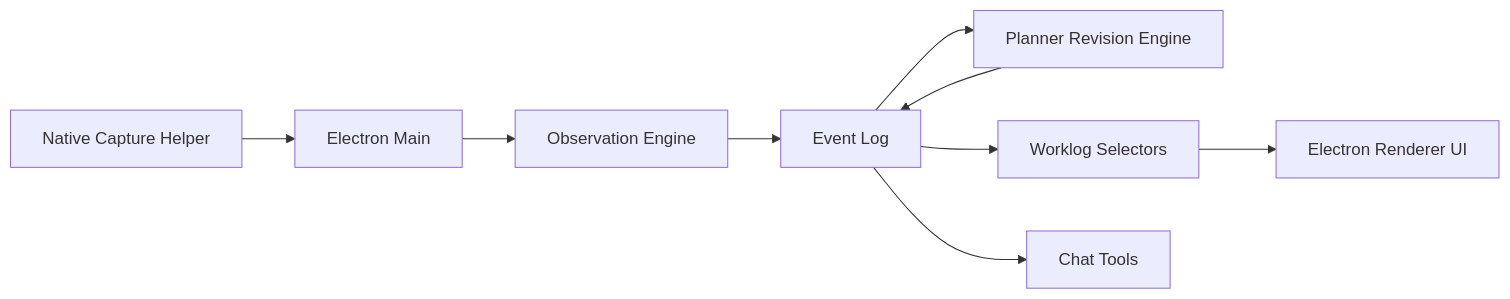
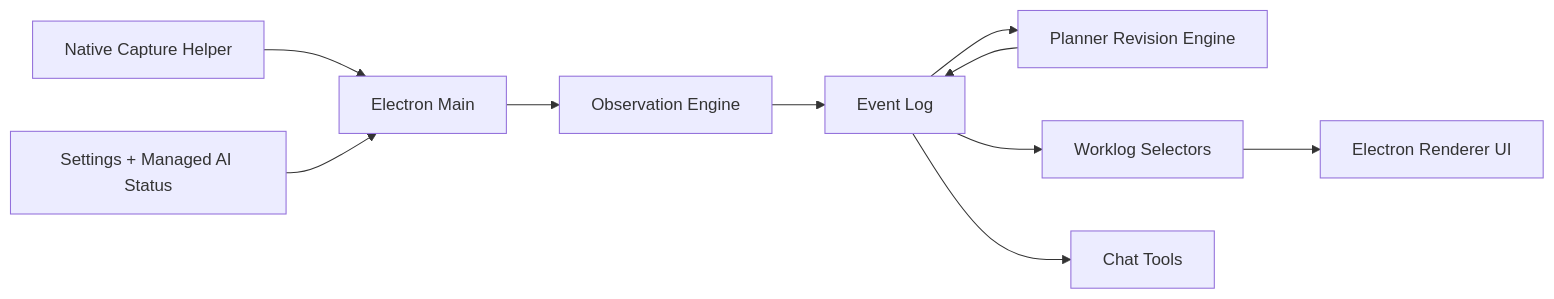
The diagram in docs/architecture.md (MattTengtrakool/flow), drawn with Mermaid before and after one commit. The commit also changed other lines of this file and 134 other files, not shown here.

````diff
--- a/docs/architecture.md
+++ b/docs/architecture.md
@@ -5,11 +5,12 @@
 ```mermaid
 flowchart LR
   nativeCapture[Native Capture Helper] --> main[Electron Main]
+  settings[Settings + Managed AI Status] --> main
   main --> observation[Observation Engine]
   observation --> eventLog[Event Log]
   eventLog --> planner[Planner Revision Engine]
   planner --> eventLog
   eventLog --> worklog[Worklog Selectors]
   worklog --> ui[Electron Renderer UI]
   eventLog --> chat[Chat Tools]
 ```
````
